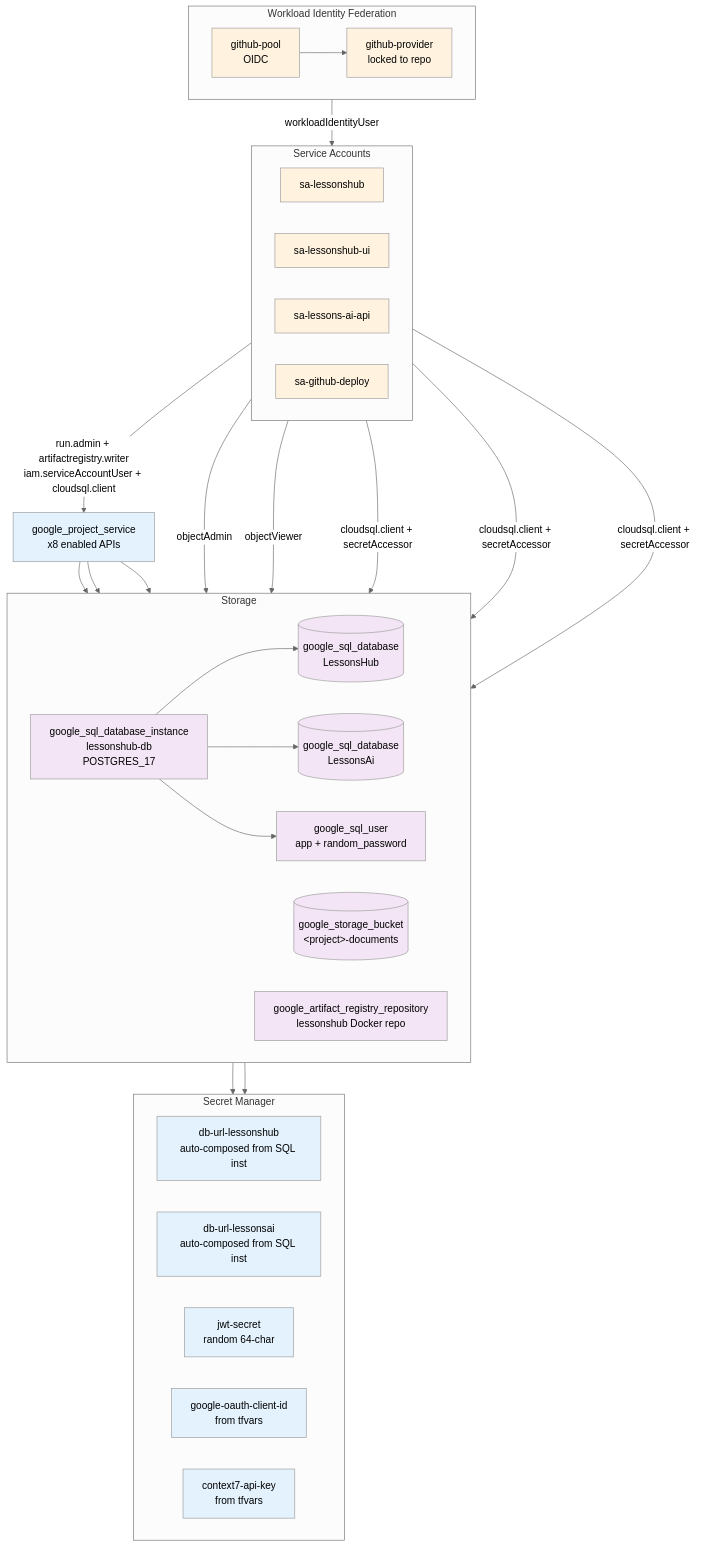
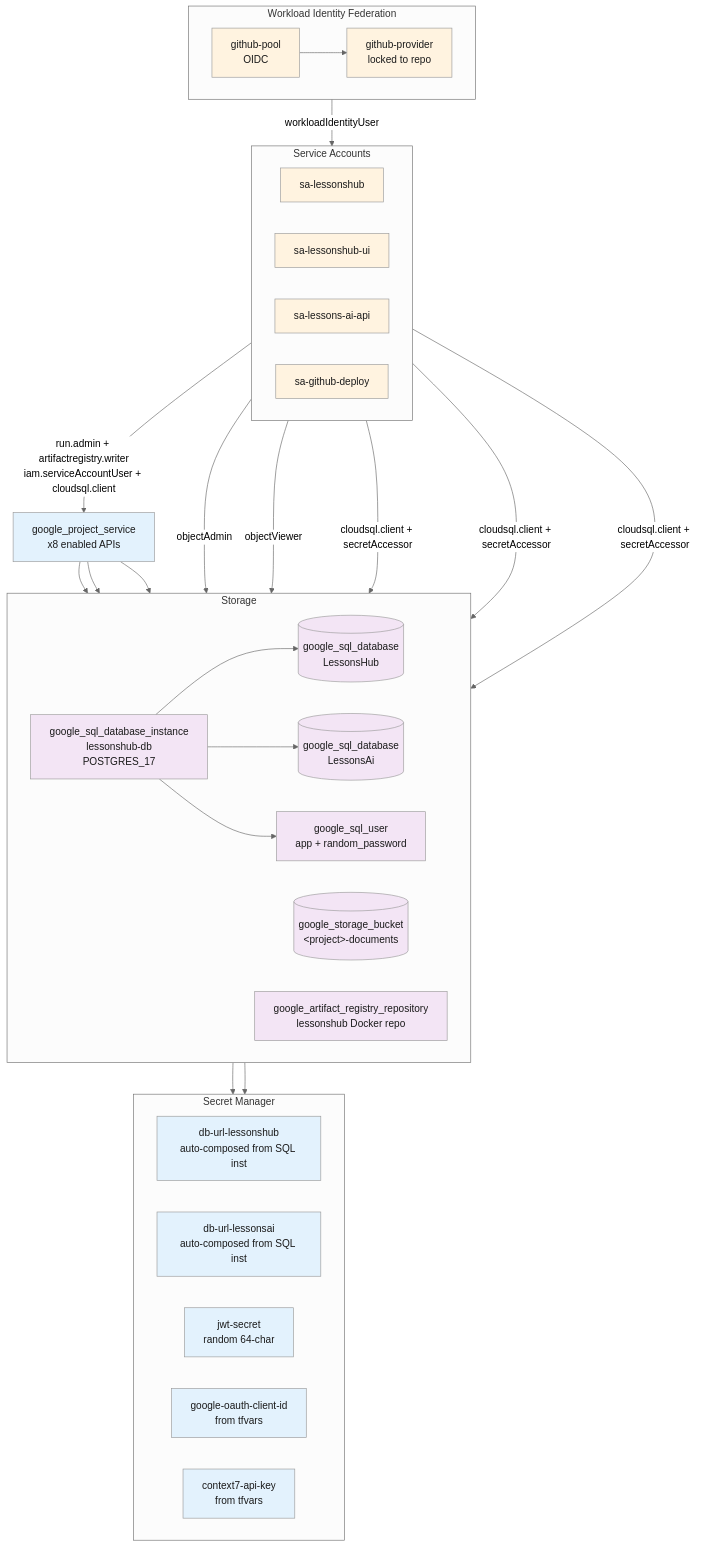
The first of 5 diagrams in diagrams/02-infrastructure-terraform.md (Dockdep/LessonHub), drawn with Mermaid (neutral theme) before and after one commit. The commit also changed other lines of this file and 26 other files, not shown here.

````diff
--- a/diagrams/02-infrastructure-terraform.md
+++ b/diagrams/02-infrastructure-terraform.md
@@ -9,61 +9,61 @@
 ```mermaid
 flowchart TD
-  classDef external stroke-dasharray: 5 5,fill:#fff8e7
-  classDef internal fill:#e3f2fd
-  classDef data fill:#f3e5f5
-  classDef iam fill:#fff3e0
+  classDef external stroke-dasharray: 5 5,fill:#fff8e7,color:#1a1a1a
+  classDef internal fill:#e3f2fd,color:#1a1a1a
+  classDef data fill:#f3e5f5,color:#1a1a1a
+  classDef iam fill:#fff3e0,color:#1a1a1a
 
   apis[google_project_service<br/>x8 enabled APIs]:::internal
 
   subgraph storage[Storage]
     direction LR
     sql_inst[google_sql_database_instance<br/>lessonshub-db<br/>POSTGRES_17]:::data
     db1[(google_sql_database<br/>LessonsHub)]:::data
     db2[(google_sql_database<br/>LessonsAi)]:::data
     sql_user[google_sql_user<br/>app + random_password]:::data
     bucket[("google_storage_bucket<br/>&lt;project&gt;-documents")]:::data
     ar[google_artifact_registry_repository<br/>lessonshub Docker repo]:::data
   end
 
   subgraph secrets_block[Secret Manager]
     direction LR
     s1[db-url-lessonshub<br/>auto-composed from SQL inst]:::internal
     s2[db-url-lessonsai<br/>auto-composed from SQL inst]:::internal
     s3[jwt-secret<br/>random 64-char]:::internal
     s4[google-oauth-client-id<br/>from tfvars]:::internal
     s5[context7-api-key<br/>from tfvars]:::internal
   end
 
   subgraph identities[Service Accounts]
     direction LR
     sa_api[sa-lessonshub]:::iam
     sa_ui[sa-lessonshub-ui]:::iam
     sa_ai[sa-lessons-ai-api]:::iam
     sa_gh[sa-github-deploy]:::iam
   end
 
   subgraph wif_block[Workload Identity Federation]
     direction LR
     pool[github-pool<br/>OIDC]:::iam
     provider[github-provider<br/>locked to repo]:::iam
   end
 
   apis --> sql_inst
   apis --> ar
   apis --> bucket
   sql_inst --> db1
   sql_inst --> db2
   sql_inst --> sql_user
   sql_user --> s1
   sql_user --> s2
 
   sa_api -- objectAdmin --> bucket
   sa_ai -- objectViewer --> bucket
   sa_api -- cloudsql.client + secretAccessor --> sql_inst
   sa_ui -- cloudsql.client + secretAccessor --> sql_inst
   sa_ai -- cloudsql.client + secretAccessor --> sql_inst
 
   sa_gh -- run.admin + artifactregistry.writer<br/>iam.serviceAccountUser + cloudsql.client --> apis
   pool --> provider
   provider -- workloadIdentityUser --> sa_gh
 ```
````
